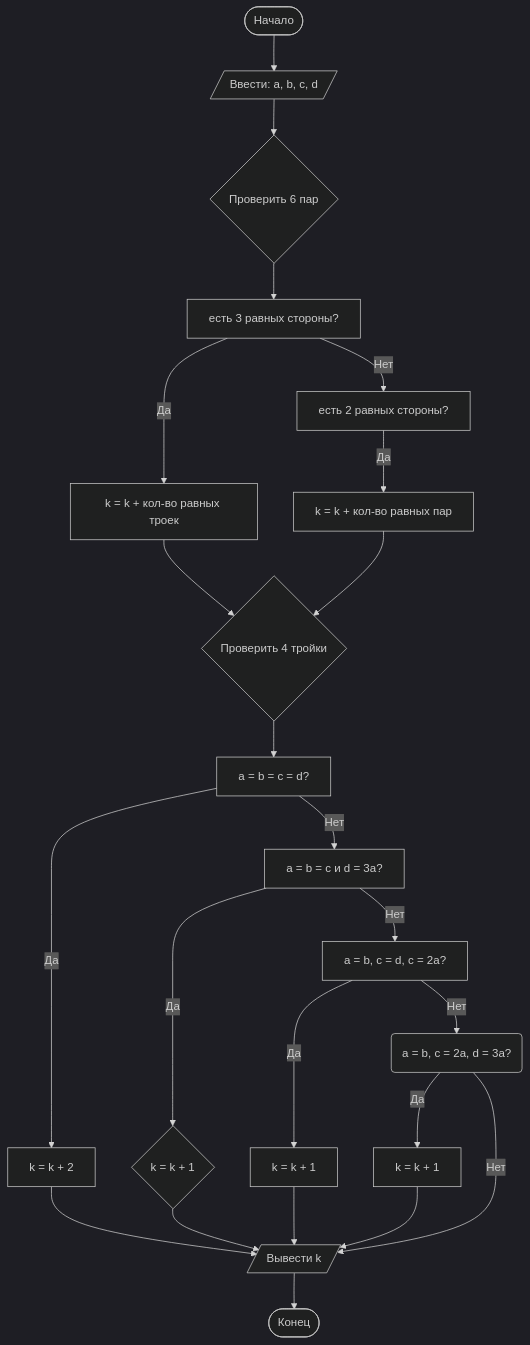
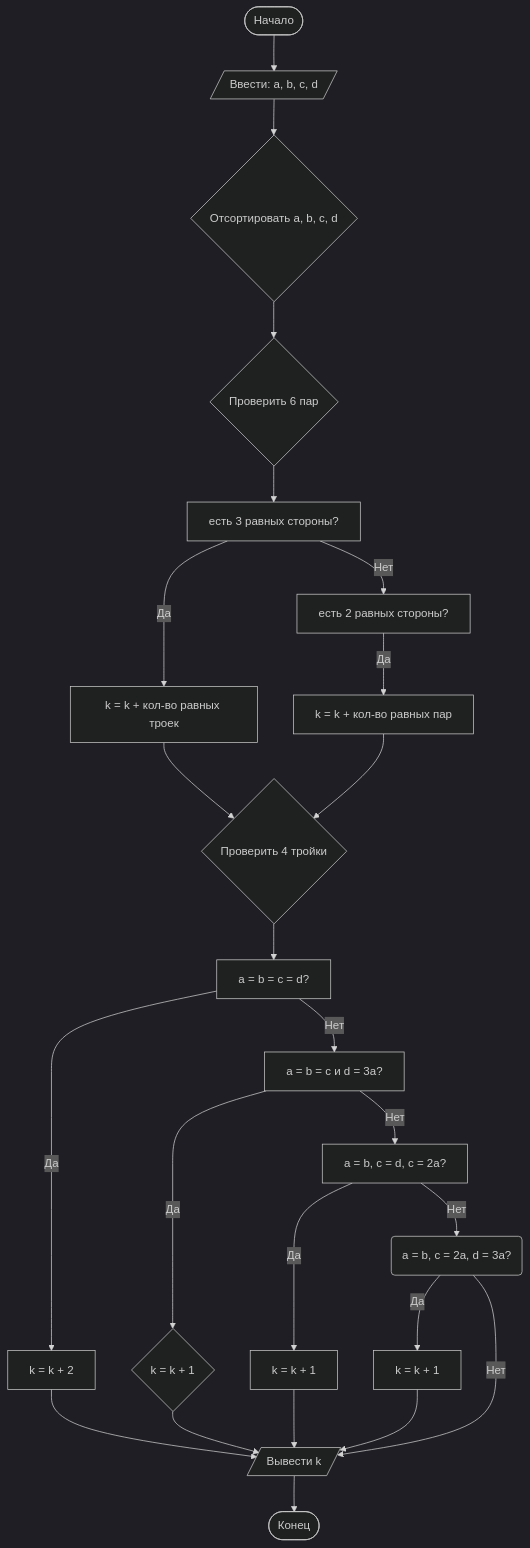
The diagram in Lab1/README.md (andreyka239/Lab1), drawn with Mermaid (dark theme) before and after one commit. The commit also changed other lines of this file, not shown here.

````diff
--- a/Lab1/README.md
+++ b/Lab1/README.md
@@ -137,25 +142,26 @@
 ```mermaid
 graph TD
         A([Начало]) --> B[/Ввести: a, b, c, d/]
-        B --> D{Проверить 6 пар}
+        B --> C{Отсортировать a, b, c, d}
+        C --> D{Проверить 6 пар}
         D --> Y[есть 3 равных стороны?]
         Y -- Да --> P[k = k + кол-во равных троек]
         Y -- Нет --> Q[есть 2 равных стороны?]
         Q -- Да --> V[k = k + кол-во равных пар]
         P --> E{Проверить 4 тройки}
         E --> F[a = b = c = d?]
         F -- Да --> G[k = k + 2]
         F -- Нет --> H[a = b = c и d = 3a?]
         H -- Да --> I{k = k + 1}
         H -- Нет --> J[a = b, c = d, c = 2a?]
         J -- Да --> K[k = k + 1]
         J -- Нет --> L(a = b, c = 2a, d = 3a?)
         L -- Да --> M[k = k + 1]
         L -- Нет --> N[/Вывести k/]
         V --> E
         G --> N
         I --> N
         K --> N
         M --> N
         N --> O([Конец])
 ```
````
